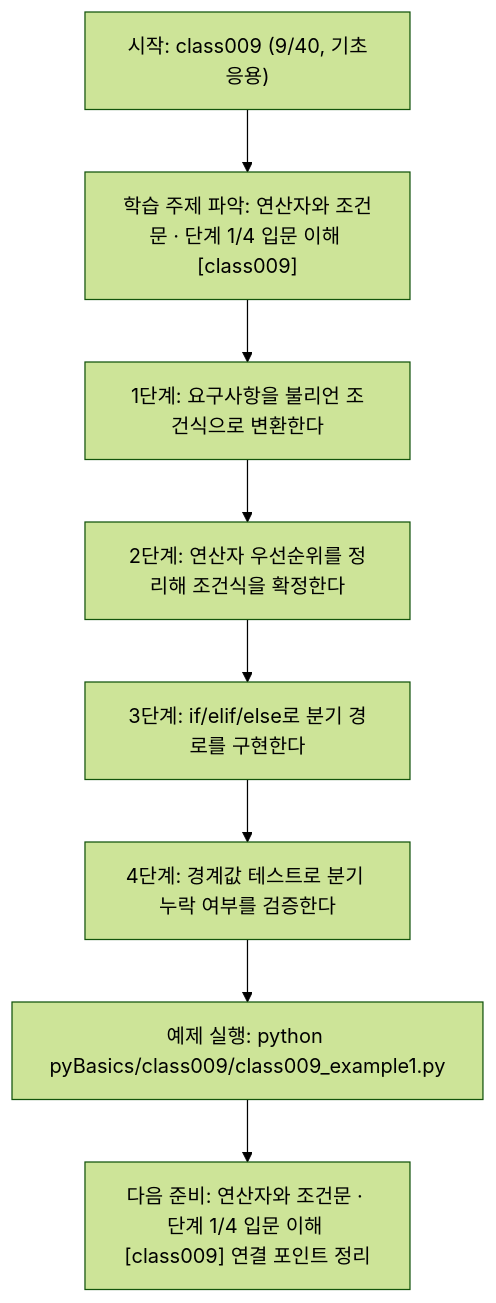
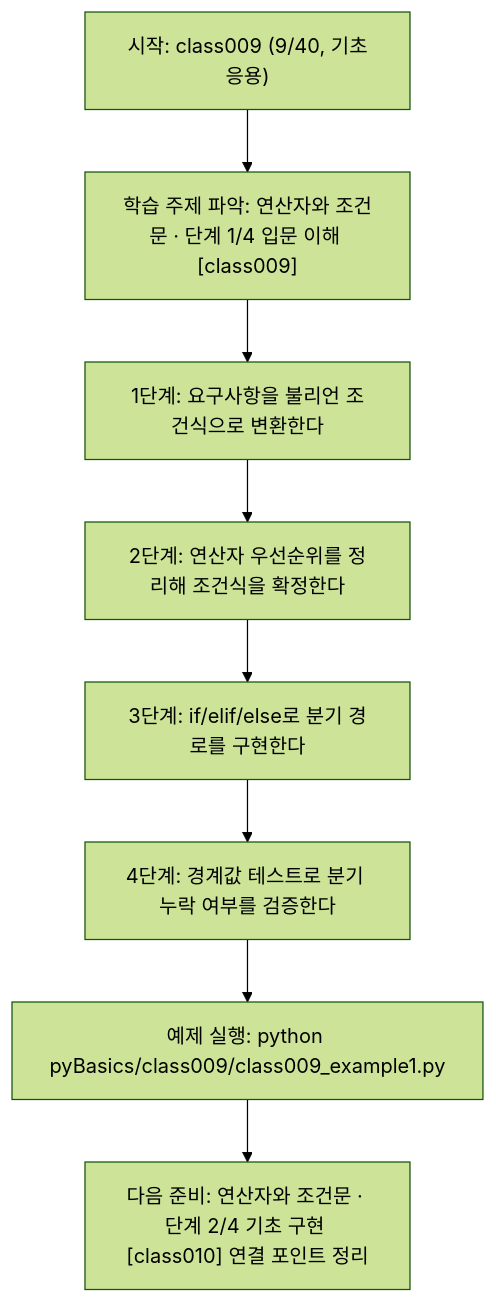
One commit to edumgt/Python-AI_Agent-Class changed the diagram in pyBasics/class009/class009.md. Above: the diagram before and after it, drawn with Mermaid (forest theme). The commit also changed other lines of this file and 2370 other files, not shown here.

````diff
--- a/pyBasics/class009/class009.md
+++ b/pyBasics/class009/class009.md
@@ -109,18 +91,18 @@
 ```mermaid
 flowchart TD
 N1["시작: class009 (9/40, 기초응용)"]
 N2["학습 주제 파악: 연산자와 조건문 · 단계 1/4 입문 이해 [class009]"]
 N3["1단계: 요구사항을 불리언 조건식으로 변환한다"]
 N4["2단계: 연산자 우선순위를 정리해 조건식을 확정한다"]
 N5["3단계: if/elif/else로 분기 경로를 구현한다"]
 N6["4단계: 경계값 테스트로 분기 누락 여부를 검증한다"]
 N7["예제 실행: python pyBasics/class009/class009_example1.py"]
-N8["다음 준비: 연산자와 조건문 · 단계 1/4 입문 이해 [class009] 연결 포인트 정리"]
+N8["다음 준비: 연산자와 조건문 · 단계 2/4 기초 구현 [class010] 연결 포인트 정리"]
 N1 --> N2
 N2 --> N3
 N3 --> N4
 N4 --> N5
 N5 --> N6
 N6 --> N7
 N7 --> N8
 ```
````
